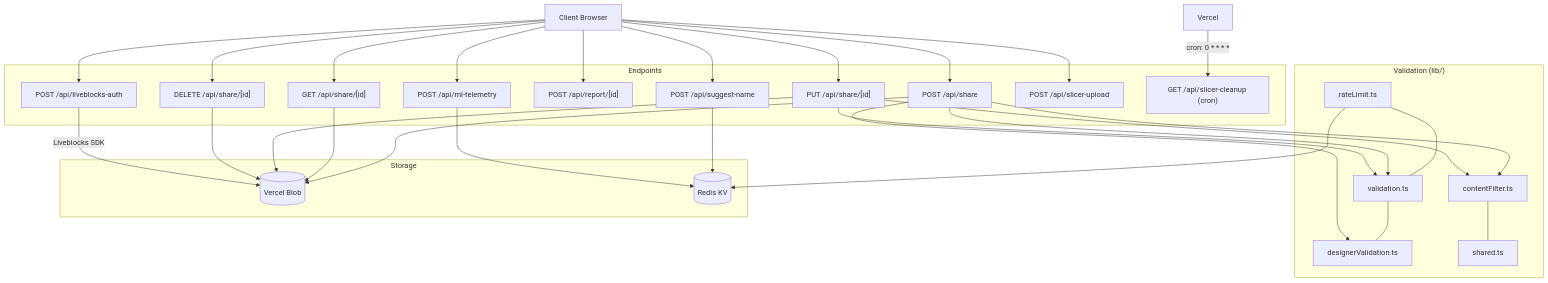
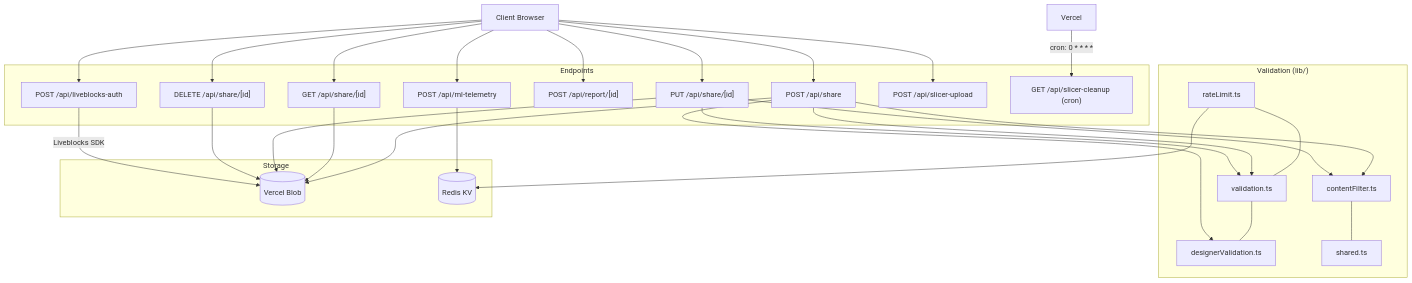
One commit to andymai/gridfinity-layout-tool changed the diagram in api/README.md. Above: the diagram before and after it, drawn with Mermaid. The commit also changed other lines of this file and 46 other files, not shown here.

````diff
--- a/api/README.md
+++ b/api/README.md
@@ -5,38 +5,36 @@
 ```mermaid
 graph TB
     Client[Client Browser]
 
     subgraph "Endpoints"
         POST_S["POST /api/share"]
         GET_S["GET /api/share/[id]"]
         PUT_S["PUT /api/share/[id]"]
         DEL_S["DELETE /api/share/[id]"]
         REPORT["POST /api/report/[id]"]
-        NAME["POST /api/suggest-name"]
         AUTH["POST /api/liveblocks-auth"]
         ML["POST /api/ml-telemetry"]
         UPLOAD["POST /api/slicer-upload"]
         CLEANUP["GET /api/slicer-cleanup (cron)"]
     end
 
     subgraph "Validation (lib/)"
         RL[rateLimit.ts] --- VAL[validation.ts]
         VAL --- DVAL[designerValidation.ts]
         CF[contentFilter.ts] --- SH[shared.ts]
     end
 
     subgraph "Storage"
         BLOB[(Vercel Blob)]
         REDIS[(Redis KV)]
     end
 
-    Client --> POST_S & GET_S & PUT_S & DEL_S & REPORT & NAME & AUTH & ML & UPLOAD
+    Client --> POST_S & GET_S & PUT_S & DEL_S & REPORT & AUTH & ML & UPLOAD
     Vercel -->|cron: 0 * * * *| CLEANUP
     POST_S & PUT_S --> VAL & CF
     POST_S --> DVAL
     RL --> REDIS
     POST_S & GET_S & PUT_S & DEL_S --> BLOB
-    NAME --> REDIS
     ML --> REDIS
     AUTH -->|Liveblocks SDK| BLOB
 ```
````
